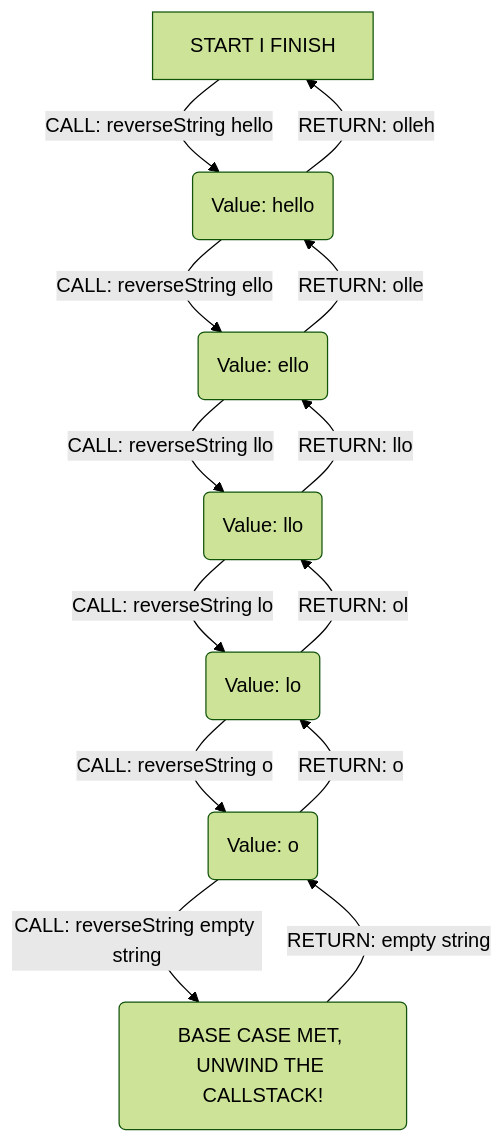
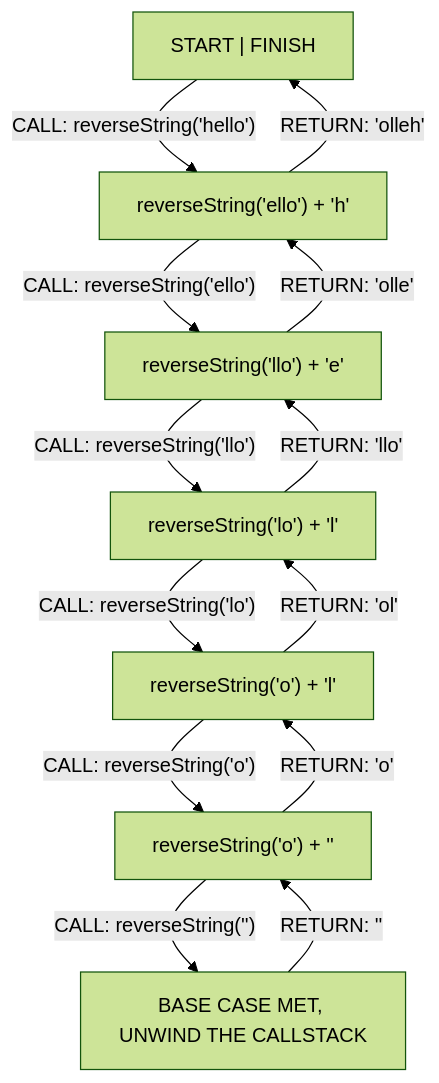
Before and after one commit to bazmurphy/dsa-challenges: the diagram in src/04-recursion/03-reverse-string-recursion/readme.md, drawn with Mermaid (forest theme). The commit also changed 5 other files, not shown here.

````diff
--- a/src/04-recursion/03-reverse-string-recursion/readme.md
+++ b/src/04-recursion/03-reverse-string-recursion/readme.md
@@ -87,15 +95,15 @@
 ```mermaid
 graph TD
-  A[START I FINISH] -->|CALL: reverseString hello | B(Value: hello)
-  B -->|CALL: reverseString ello | C(Value: ello)
-  C -->|CALL: reverseString llo | D(Value: llo)
-  D -->|CALL: reverseString lo | E(Value: lo)
-  E -->|CALL: reverseString o | F(Value: o)
-  F -->|RETURN: o | E
-  F -->|CALL: reverseString empty string | G(BASE CASE MET, UNWIND THE CALLSTACK!)
-  G -->|RETURN: empty string| F
-  E -->|RETURN: ol | D
-  D -->|RETURN: llo | C
-  C -->|RETURN: olle | B
-  B -->|RETURN: olleh | A
+  A["START | FINISH"] -->|"CALL: reverseString('hello')"| B["reverseString('ello') + 'h'"]
+  B -->|"CALL: reverseString('ello')" | C["reverseString('llo') + 'e'"]
+  C -->|"CALL: reverseString('llo')" | D["reverseString('lo') + 'l'"]
+  D -->|"CALL: reverseString('lo')" | E["reverseString('o') + 'l'"]
+  E -->|"CALL: reverseString('o')" | F["reverseString('o') + ''"]
+  F -->|"CALL: reverseString('')" | G[BASE CASE MET, UNWIND THE CALLSTACK]
+  F -->|RETURN: 'o' | E
+  G -->|RETURN: ''| F
+  E -->|RETURN: 'ol' | D
+  D -->|RETURN: 'llo' | C
+  C -->|RETURN: 'olle' | B
+  B -->|RETURN: 'olleh' | A
 ```
````
